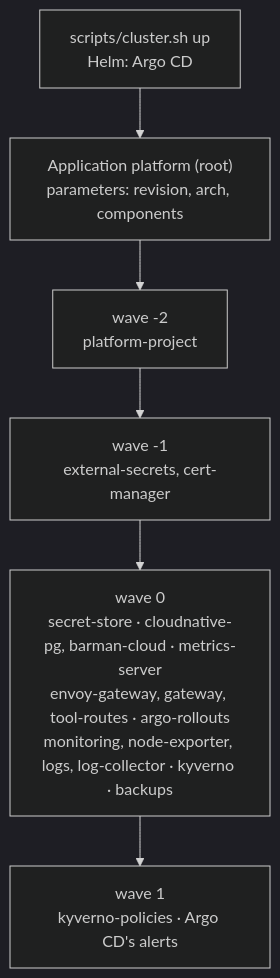
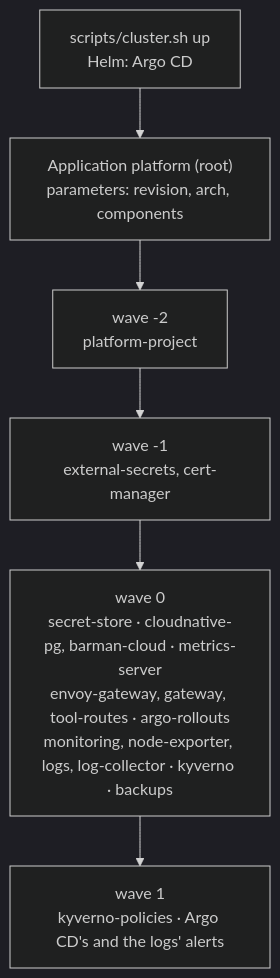
The second of 3 diagrams in docs/DESIGN.md (easypeasyops/platform), drawn with Mermaid (dark theme) before and after one commit. The commit also changed other lines of this file and 6 other files, not shown here.

````diff
--- a/docs/DESIGN.md
+++ b/docs/DESIGN.md
@@ -196,8 +196,8 @@
 ```mermaid
 flowchart TB
   CS["scripts/cluster.sh up<br/>Helm: Argo CD"] --> Root["Application platform (root)<br/>parameters: revision, arch, components"]
   Root --> WP["wave -2<br/>platform-project"]
   WP --> WB["wave -1<br/>external-secrets, cert-manager"]
   WB --> W0["wave 0<br/>secret-store · cloudnative-pg, barman-cloud · metrics-server<br/>envoy-gateway, gateway, tool-routes · argo-rollouts<br/>monitoring, node-exporter, logs, log-collector · kyverno · backups"]
-  W0 --> W1["wave 1<br/>kyverno-policies · Argo CD's alerts"]
+  W0 --> W1["wave 1<br/>kyverno-policies · Argo CD's and the logs' alerts"]
 ```
````
